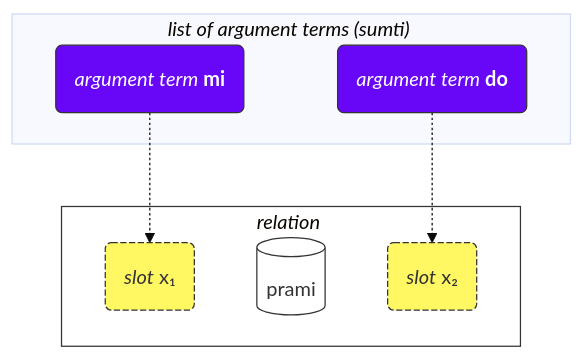
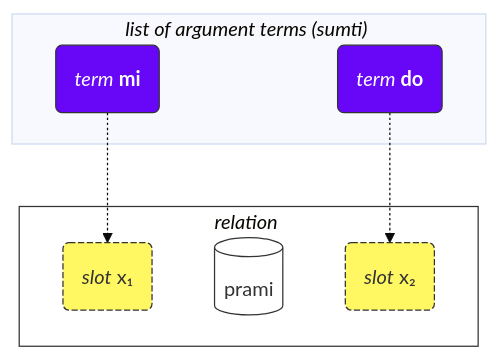
Before and after one commit to La-Lojban/lojban.pw: the first of 2 diagrams in data/pages/en/books/learn-lojban/!2.md, drawn with Mermaid (base theme).

Commit message:
fix: 🐛 update argument terminology in Lojban learning materials for clarity

````diff
--- a/data/pages/en/books/learn-lojban/!2.md
+++ b/data/pages/en/books/learn-lojban/!2.md
@@ -87,29 +87,29 @@
 ```mermaid
 flowchart TB
     %%common settings
     subgraph bridi["<i>relation</i>#nbsp;"]
         x1("<i>slot</i> x#8321;")
         selbri
         x2("<i>slot</i> x#8322;")
     end
     subgraph sumti["<i>list of argument terms (sumti)</i>#nbsp;"]
         s1-.->x1
         s2-.->x2
     end
     classDef s fill:#6807F7,stroke:#333,stroke-width:1px,color:#fff;
     class s1 s;
     class s2 s;
     classDef x fill:#FFF863,stroke:#333,stroke-width:1px,stroke-dasharray: 5 2;
     class x1 x;
     class x2 x;
     classDef blabi fill:#fff,stroke:#333;
     class selbri blabi;
     class bridi blabi;
 
     %% input your sumti:
-    s1("<i>argument term</i> <b>mi</b>")
-    s2("<i>argument term</i> <b>do</b>")
+    s1("<i>term</i> <b>mi</b>")
+    s2("<i>term</i> <b>do</b>")
     %% input your selbri
     selbri[(prami)]
 
 ```
````
